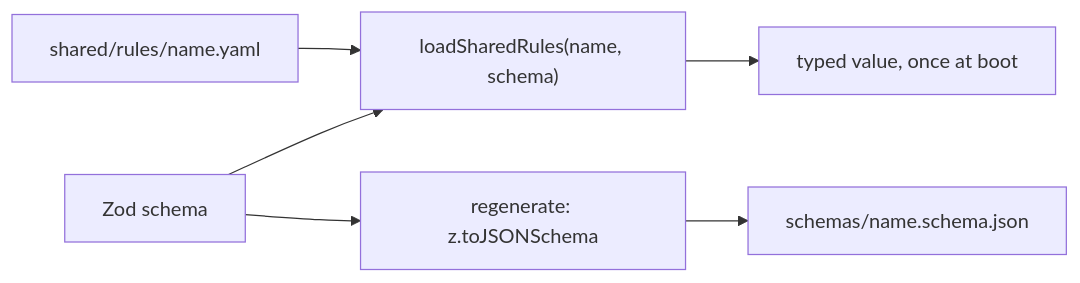
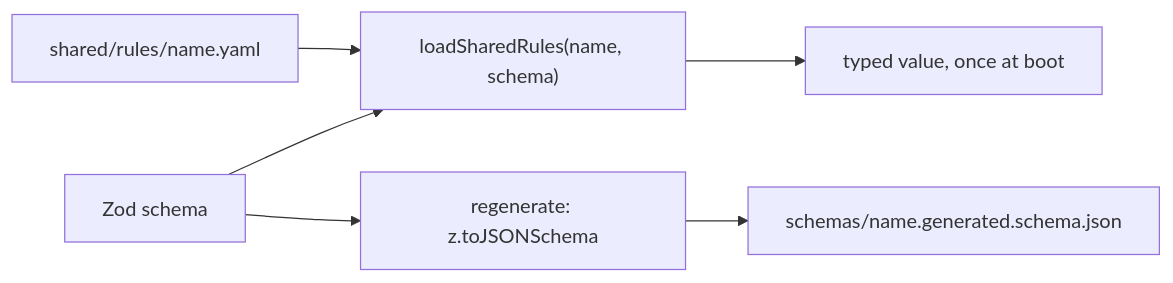
One commit to Guebbit/boilerplate-node-backend changed the second of 3 diagrams in docs/theory/shared-rules.md. Above: the diagram before and after it, drawn with Mermaid. The commit also changed other lines of this file and 110 other files, not shown here.

````diff
--- a/docs/theory/shared-rules.md
+++ b/docs/theory/shared-rules.md
@@ -66,8 +68,8 @@
 ```mermaid
 flowchart LR
   Y[shared/rules/name.yaml] --> L["loadSharedRules(name, schema)"]
   S[Zod schema] --> L
   S --> G[regenerate: z.toJSONSchema]
-  G --> J[schemas/name.schema.json]
+  G --> J[schemas/name.generated.schema.json]
   L --> C[typed value, once at boot]
 ```
````
